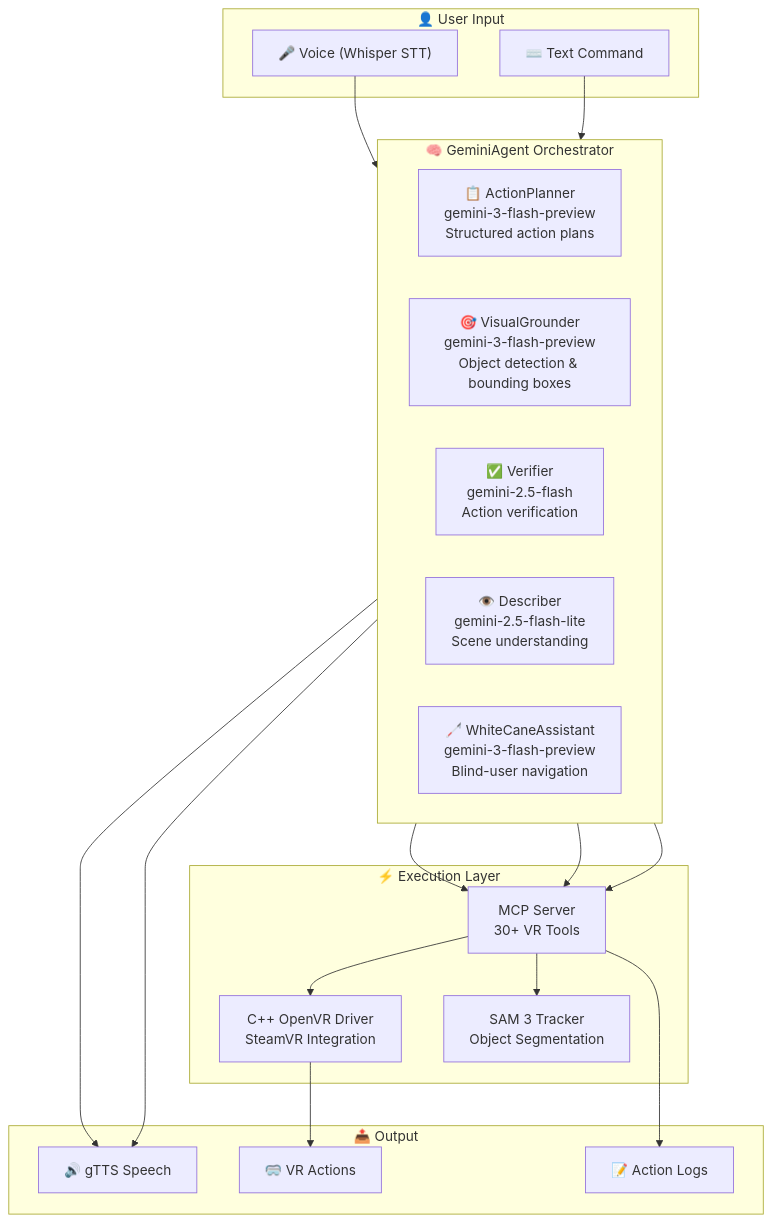
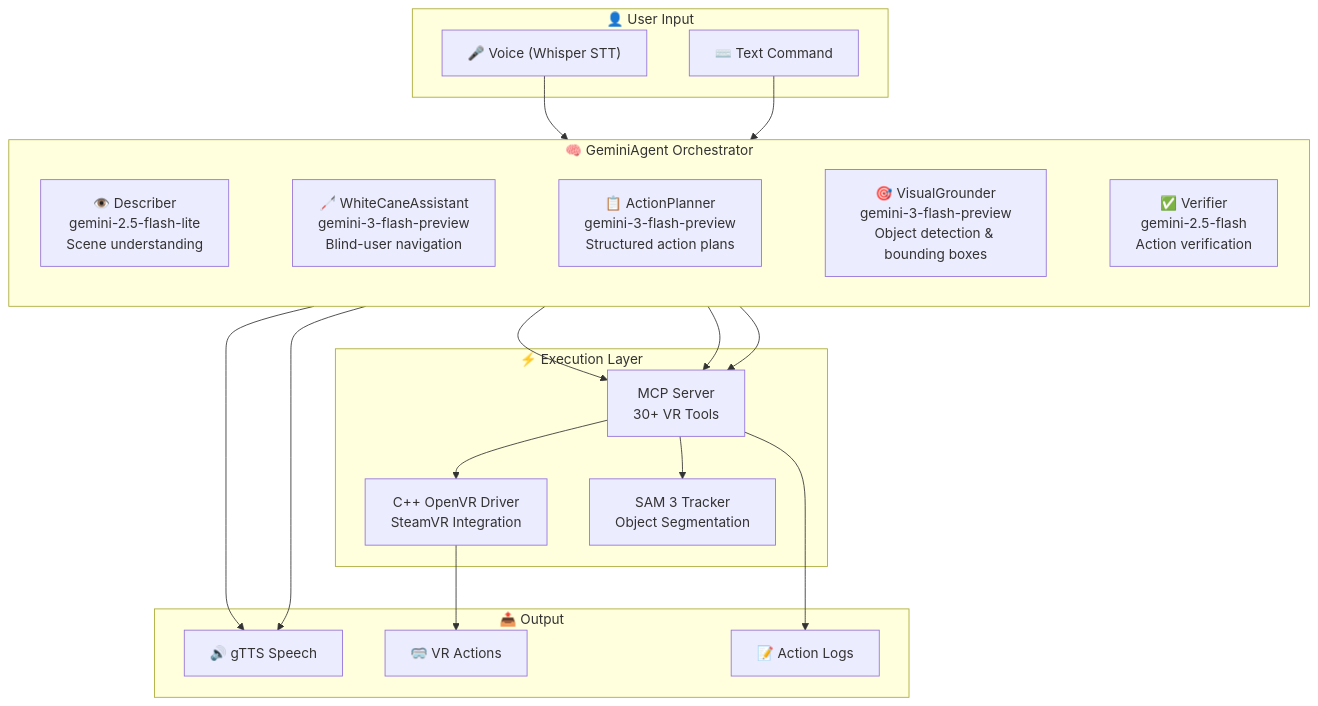
Before and after one commit to ar-zadeh/GEMINI_Comp_VR: the first of 2 diagrams in Readme.md, drawn with Mermaid.

Commit message:
Reorganize Orchestrator subgraph in Readme.md

````diff
--- a/Readme.md
+++ b/Readme.md
@@ -76,39 +76,41 @@
 ```mermaid
 flowchart TB
     subgraph User["👤 User Input"]
         voice["🎤 Voice (Whisper STT)"]
         text["⌨️ Text Command"]
     end
 
-subgraph Orchestrator["🧠 GeminiAgent Orchestrator"]
-    direction LR
-    planner["📋 ActionPlanner<br/>gemini-3-flash-preview<br/>Structured action plans"]
-    grounding["🎯 VisualGrounder<br/>gemini-3-flash-preview<br/>Object detection & bounding boxes"]
-    verifier["✅ Verifier<br/>gemini-2.5-flash<br/>Action verification"]
-    describer["👁️ Describer<br/>gemini-2.5-flash-lite<br/>Scene understanding"]
-    whitecane["🦯 WhiteCaneAssistant<br/>gemini-3-flash-preview<br/>Blind-user navigation"]
-end
+    subgraph Orchestrator["🧠 GeminiAgent Orchestrator"]
+        direction LR
+        describer["👁️ Describer<br/>gemini-2.5-flash-lite<br/>Scene understanding"]
+        whitecane["🦯 WhiteCaneAssistant<br/>gemini-3-flash-preview<br/>Blind-user navigation"]
+        planner["📋 ActionPlanner<br/>gemini-3-flash-preview<br/>Structured action plans"]
+        grounding["🎯 VisualGrounder<br/>gemini-3-flash-preview<br/>Object detection & bounding boxes"]
+        verifier["✅ Verifier<br/>gemini-2.5-flash<br/>Action verification"]
+        describer ~~~ whitecane ~~~ planner ~~~ grounding ~~~ verifier
+    end
+
 
     subgraph Execution["⚡ Execution Layer"]
         mcp["MCP Server<br>30+ VR Tools"]
         driver["C++ OpenVR Driver<br>SteamVR Integration"]
         tracker["SAM 3 Tracker<br>Object Segmentation"]
     end
 
     subgraph Output["📤 Output"]
         tts["🔊 gTTS Speech"]
         vr["🥽 VR Actions"]
         logs["📝 Action Logs"]
     end
 
     voice --> Orchestrator
     text --> Orchestrator
     planner --> mcp
     grounding --> mcp
     verifier --> mcp
     describer --> tts
     whitecane --> tts
     mcp --> driver --> vr
     mcp --> tracker
     mcp --> logs
 ```
````
